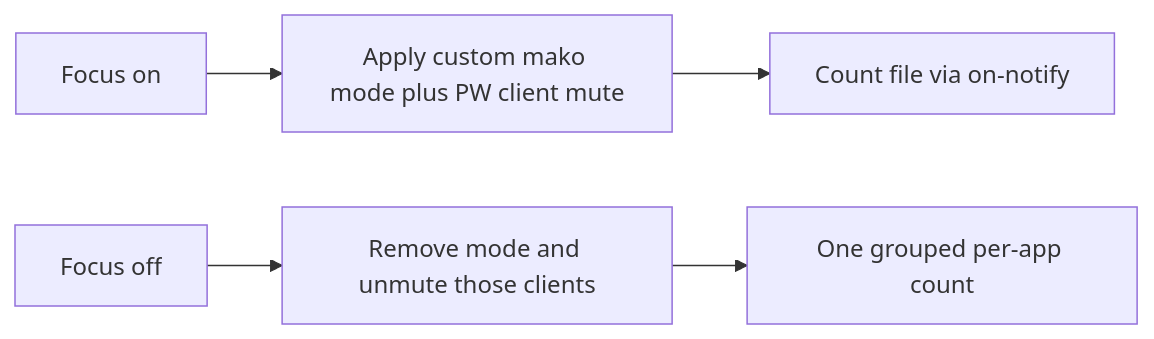
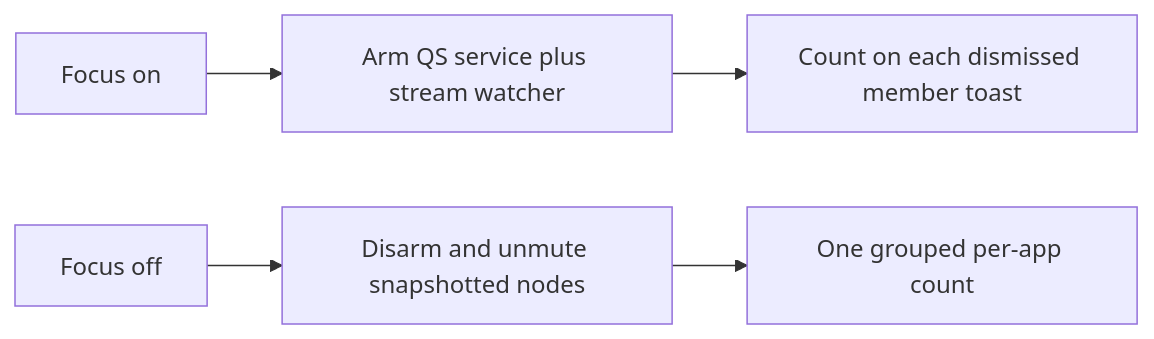
The diagram in .flow/specs/fn-2-focus-mode-distraction-notification.md (DanielKillenberger/omarchy-distraction-space), drawn with Mermaid before and after one commit. The commit also changed other lines of this file and 8 other files, not shown here.

````diff
--- a/.flow/specs/fn-2-focus-mode-distraction-notification.md
+++ b/.flow/specs/fn-2-focus-mode-distraction-notification.md
@@ -33,7 +60,7 @@
 ```mermaid
 flowchart LR
-  focusOn[Focus on] --> apply[Apply custom mako mode plus PW client mute]
-  apply --> count[Count file via on-notify]
-  focusOff[Focus off] --> lift[Remove mode and unmute those clients]
+  focusOn[Focus on] --> apply[Arm QS service plus stream watcher]
+  apply --> count[Count on each dismissed member toast]
+  focusOff[Focus off] --> lift[Disarm and unmute snapshotted nodes]
   lift --> notice[One grouped per-app count]
 ```
````
